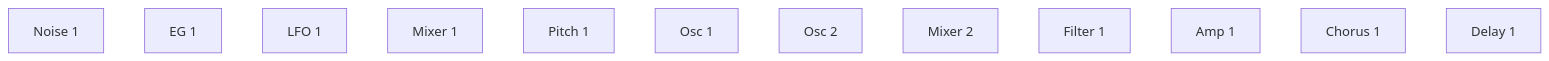
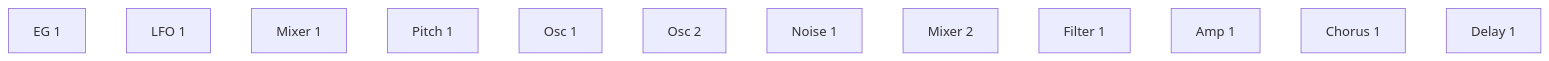
One commit to risgk/midi_synthesizer_spms1 changed the second of 6 diagrams in spms1_type2/README.ja.md. Above: the diagram before and after it, drawn with Mermaid. The commit also changed other lines of this file and 6 other files, not shown here.

First line of the commit message:
type2: Run Noise 1 after the oscillators, ahead of Mixer 2

````diff
--- a/spms1_type2/README.ja.md
+++ b/spms1_type2/README.ja.md
@@ -235,4 +235,4 @@
 ```mermaid
 flowchart LR
-  NOISE[Noise 1] ~~~ EG[EG 1] ~~~ LFO[LFO 1] ~~~ MIX1[Mixer 1] ~~~ PITCH[Pitch 1] ~~~ OSC[Osc 1] ~~~ OSC2[Osc 2] ~~~ MIX2[Mixer 2] ~~~ FILTER[Filter 1] ~~~ AMP[Amp 1] ~~~ CHORUS[Chorus 1] ~~~ DELAY[Delay 1]
+  EG[EG 1] ~~~ LFO[LFO 1] ~~~ MIX1[Mixer 1] ~~~ PITCH[Pitch 1] ~~~ OSC[Osc 1] ~~~ OSC2[Osc 2] ~~~ NOISE[Noise 1] ~~~ MIX2[Mixer 2] ~~~ FILTER[Filter 1] ~~~ AMP[Amp 1] ~~~ CHORUS[Chorus 1] ~~~ DELAY[Delay 1]
 ```
````
